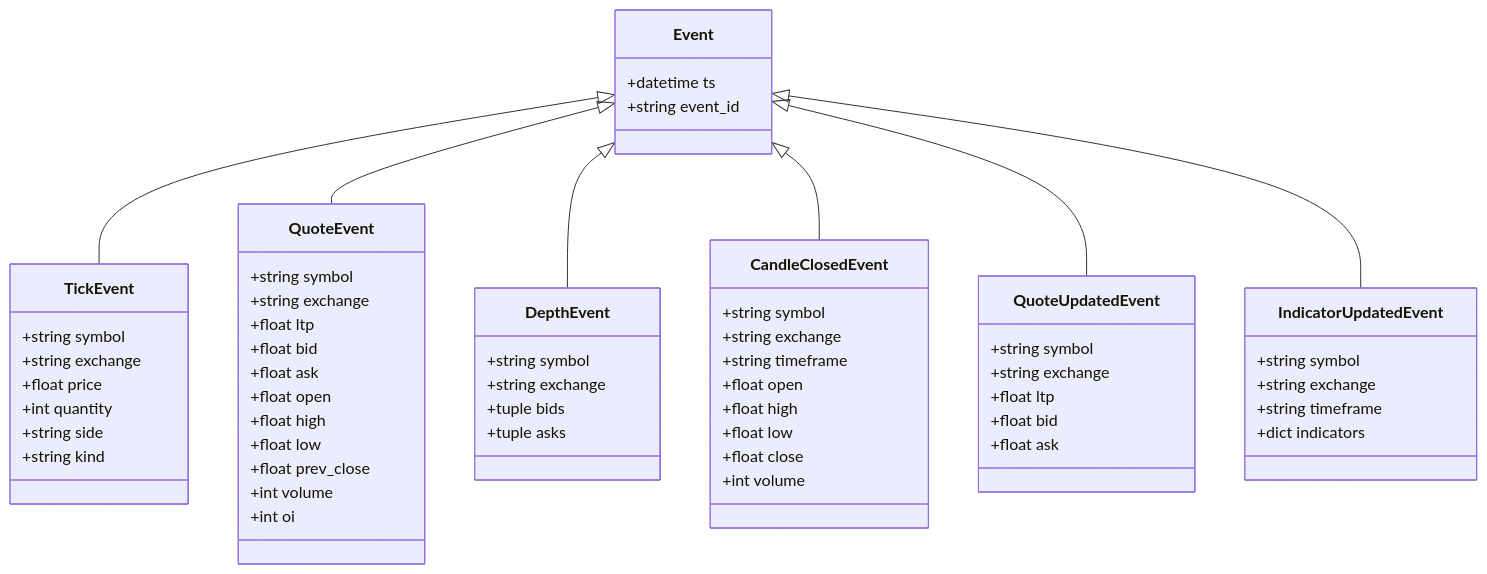
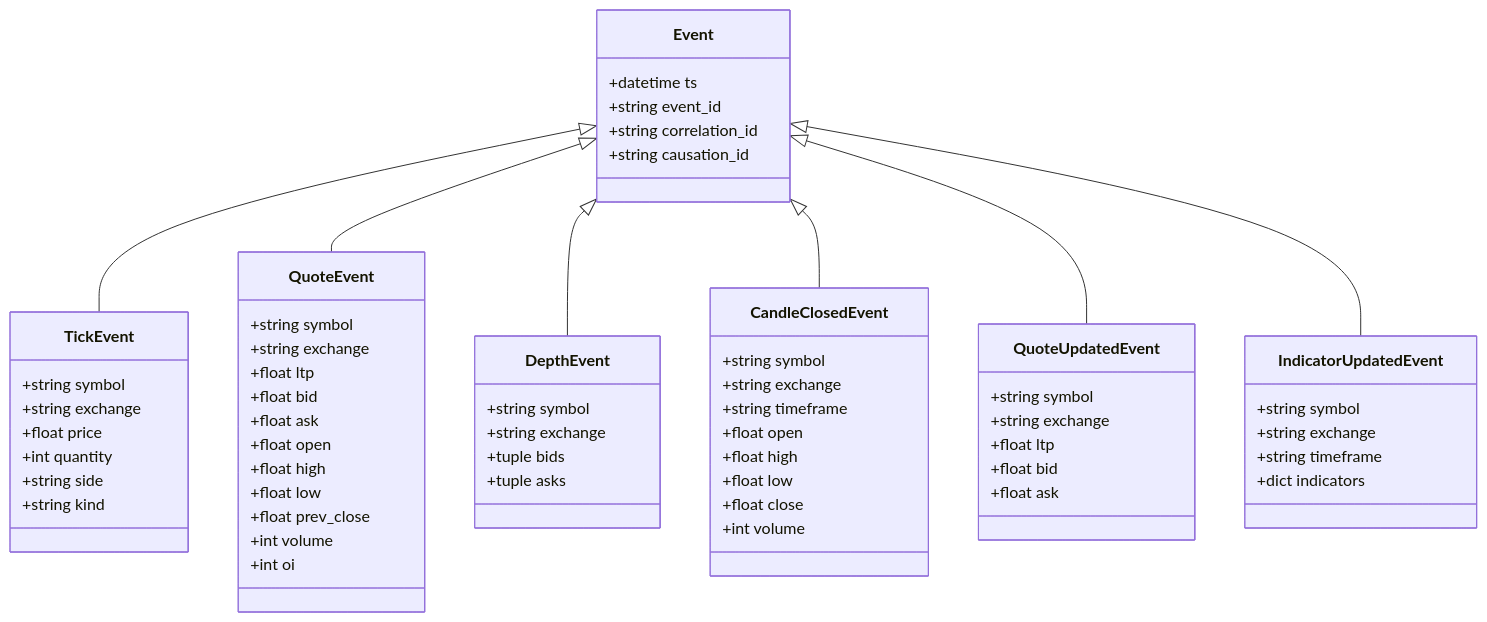
The fourth of 11 diagrams in .qoder/repowiki/en/content/Trading Kernel/Event Bus System.md (Ganesh-Kusundal/nTrade), drawn with Mermaid before and after one commit. The commit also changed other lines of this file and 203 other files, not shown here.

````diff
--- a/.qoder/repowiki/en/content/Trading Kernel/Event Bus System.md
+++ b/.qoder/repowiki/en/content/Trading Kernel/Event Bus System.md
@@ -181,63 +222,65 @@
 ```mermaid
 classDiagram
 class Event {
 +datetime ts
 +string event_id
++string correlation_id
++string causation_id
 }
 class TickEvent {
 +string symbol
 +string exchange
 +float price
 +int quantity
 +string side
 +string kind
 }
 class QuoteEvent {
 +string symbol
 +string exchange
 +float ltp
 +float bid
 +float ask
 +float open
 +float high
 +float low
 +float prev_close
 +int volume
 +int oi
 }
 class DepthEvent {
 +string symbol
 +string exchange
 +tuple bids
 +tuple asks
 }
 class CandleClosedEvent {
 +string symbol
 +string exchange
 +string timeframe
 +float open
 +float high
 +float low
 +float close
 +int volume
 }
 class QuoteUpdatedEvent {
 +string symbol
 +string exchange
 +float ltp
 +float bid
 +float ask
 }
 class IndicatorUpdatedEvent {
 +string symbol
 +string exchange
 +string timeframe
 +dict indicators
 }
 Event <|-- TickEvent
 Event <|-- QuoteEvent
 Event <|-- DepthEvent
 Event <|-- CandleClosedEvent
 Event <|-- QuoteUpdatedEvent
 Event <|-- IndicatorUpdatedEvent
 ```
````
